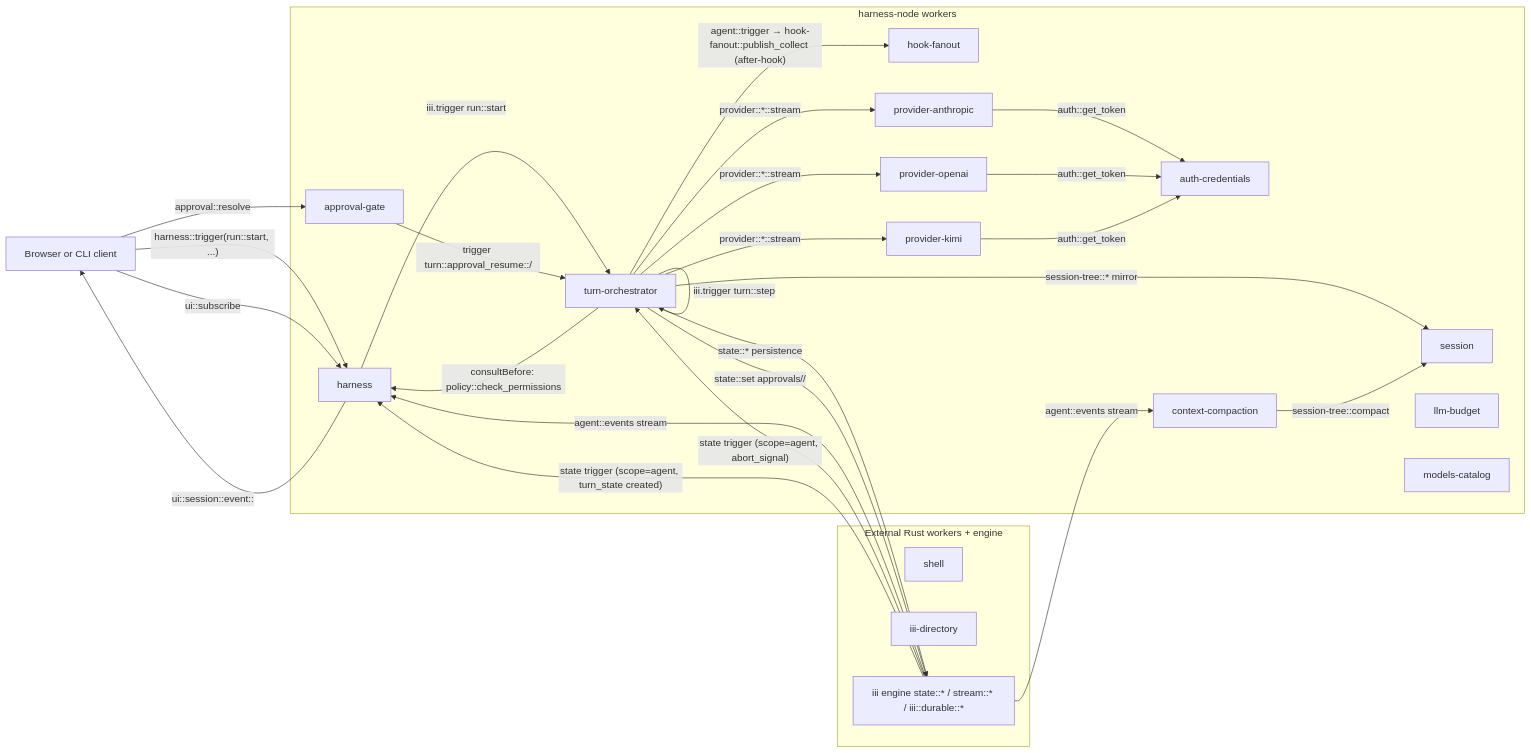
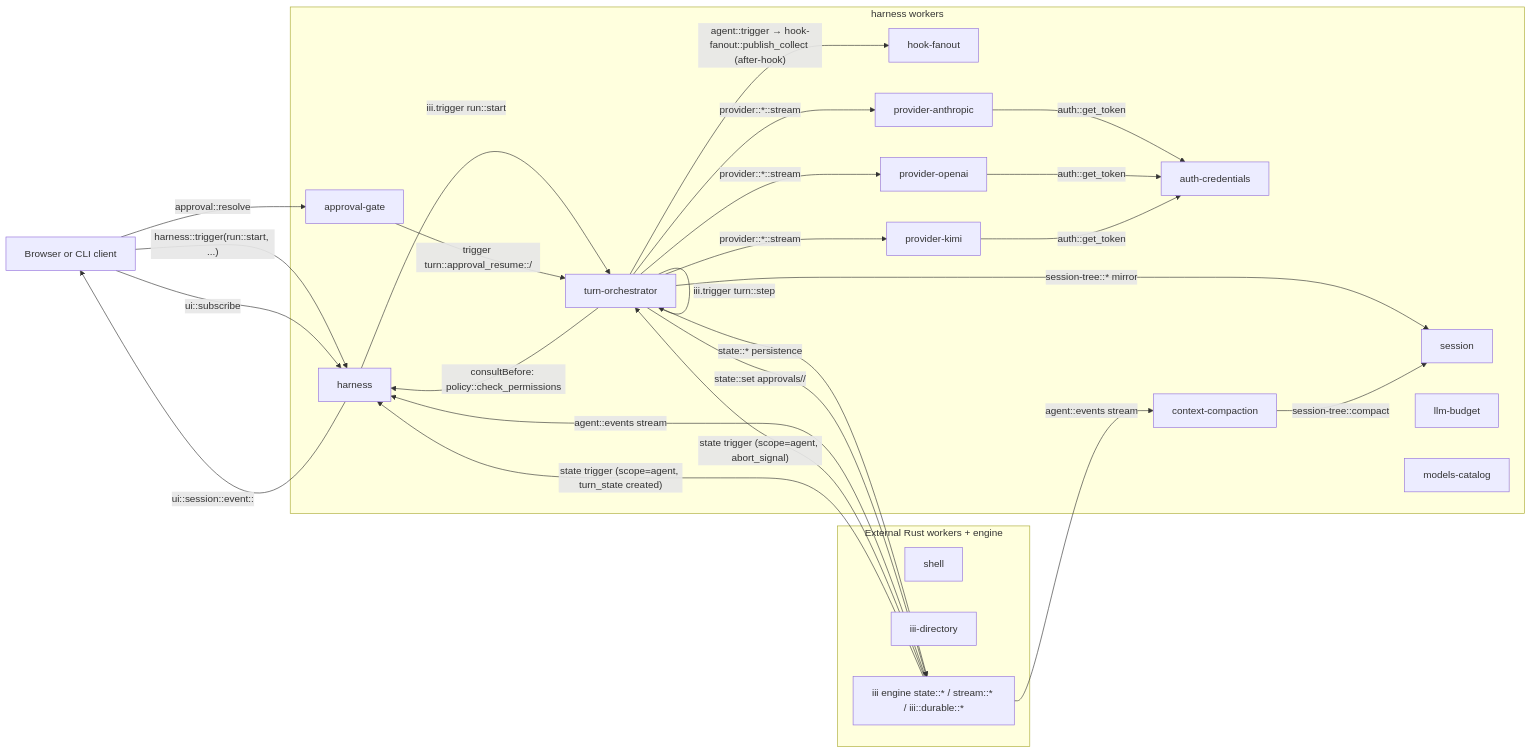
One commit to iii-hq/workers changed the first of 5 diagrams in harness/docs/architecture.md. Above: the diagram before and after it, drawn with Mermaid. The commit also changed other lines of this file and 28 other files, not shown here.

````diff
--- a/harness/docs/architecture.md
+++ b/harness/docs/architecture.md
@@ -36,53 +36,53 @@
 ```mermaid
 flowchart LR
   client[Browser or CLI client]
 
-  subgraph harnessNode [harness-node workers]
+  subgraph harnessNode [harness workers]
     harness[harness]
     turnOrch[turn-orchestrator]
     approval[approval-gate]
     session[session]
     budget[llm-budget]
     hook[hook-fanout]
     auth[auth-credentials]
     models[models-catalog]
     provAnth[provider-anthropic]
     provOAI[provider-openai]
     provKimi[provider-kimi]
     compact[context-compaction]
   end
 
   subgraph external [External Rust workers + engine]
     shell[shell]
     directory[iii-directory]
     state["iii engine state::* / stream::* / iii::durable::*"]
   end
 
   client -- "harness::trigger(run::start, ...)" --> harness
   harness -- "iii.trigger run::start" --> turnOrch
   client -- "ui::subscribe" --> harness
 
   turnOrch -- "provider::*::stream" --> provAnth
   turnOrch -- "provider::*::stream" --> provOAI
   turnOrch -- "provider::*::stream" --> provKimi
   turnOrch -- "consultBefore: policy::check_permissions" --> harness
   turnOrch -- "agent::trigger → hook-fanout::publish_collect (after-hook)" --> hook
   turnOrch -- "session-tree::* mirror" --> session
   turnOrch -- "state::* persistence" --> state
 
   client -- "approval::resolve" --> approval
   approval -- "trigger turn::approval_resume::<sid>/<cid>" --> turnOrch
   turnOrch -- "state::set approvals/<sid>/<cid>" --> state
   turnOrch -- "iii.trigger turn::step" --> turnOrch
 
   provAnth -- "auth::get_token" --> auth
   provOAI -- "auth::get_token" --> auth
   provKimi -- "auth::get_token" --> auth
 
   state -- "agent::events stream" --> harness
   state -- "agent::events stream" --> compact
   state -- "state trigger (scope=agent, abort_signal)" --> turnOrch
   state -- "state trigger (scope=agent, turn_state created)" --> harness
   harness -- "ui::session::event::<browser_id>" --> client
   compact -- "session-tree::compact" --> session
 ```
````
